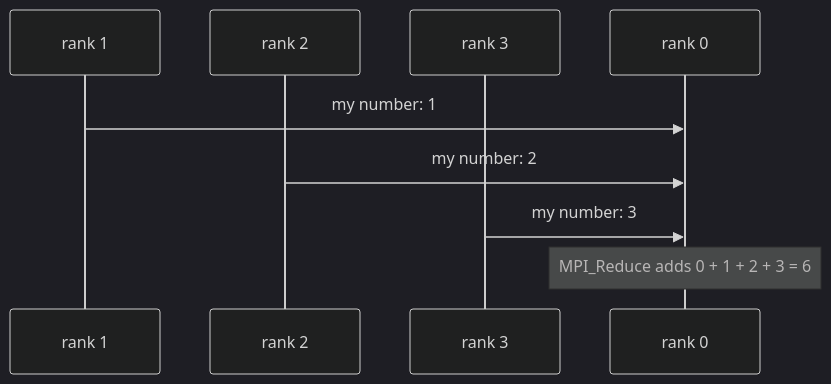
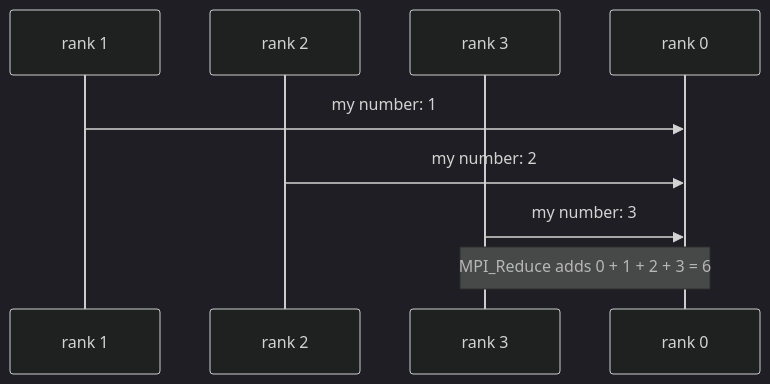
One commit to AhmedYousriSobhi/aCupOfTea changed the second of 2 diagrams in fields/system-administration/openmp-and-open-mpi/threads-and-ranks.md. Above: the diagram before and after it, drawn with Mermaid (dark theme). The commit also changed other lines of this file, not shown here.

First line of the commit message:
docs: tidy the fork-join and reduce diagrams in the OpenMP series

````diff
--- a/fields/system-administration/openmp-and-open-mpi/threads-and-ranks.md
+++ b/fields/system-administration/openmp-and-open-mpi/threads-and-ranks.md
@@ -56,11 +53,11 @@
 ```mermaid
 sequenceDiagram
     participant R1 as rank 1
     participant R2 as rank 2
     participant R3 as rank 3
     participant R0 as rank 0
     R1->>R0: my number: 1
     R2->>R0: my number: 2
     R3->>R0: my number: 3
-    Note over R0: MPI_Reduce adds 0 + 1 + 2 + 3 = 6
+    Note over R3,R0: MPI_Reduce adds 0 + 1 + 2 + 3 = 6
 ```
````
